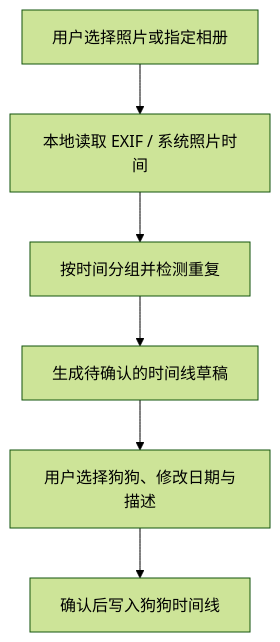
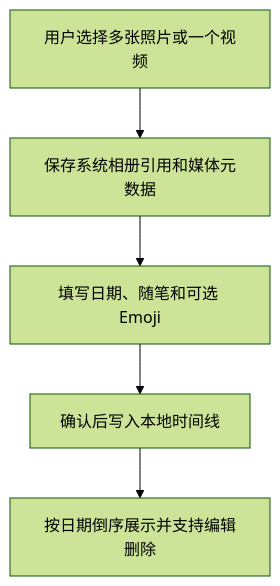
Diagram 11 of 11 in docs/PROJECT_BLUEPRINT.md (Q-LL/pet-health), drawn with Mermaid (forest theme) before and after one commit. The commit also changed other lines of this file and 3 other files, not shown here.

````diff
--- a/docs/PROJECT_BLUEPRINT.md
+++ b/docs/PROJECT_BLUEPRINT.md
@@ -714,8 +716,7 @@
 ```mermaid
 flowchart TD
-    A["用户选择照片或指定相册"] --> B["本地读取 EXIF / 系统照片时间"]
-    B --> C["按时间分组并检测重复"]
-    C --> D["生成待确认的时间线草稿"]
-    D --> E["用户选择狗狗、修改日期与描述"]
-    E --> F["确认后写入狗狗时间线"]
+    A["用户选择多张照片或一个视频"] --> B["保存系统相册引用和媒体元数据"]
+    B --> C["填写日期、随笔和可选 Emoji"]
+    C --> D["确认后写入本地时间线"]
+    D --> E["按日期倒序展示并支持编辑删除"]
 ```
````
